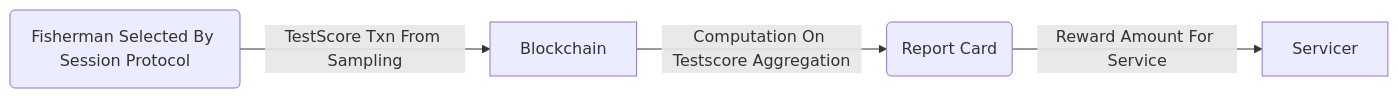
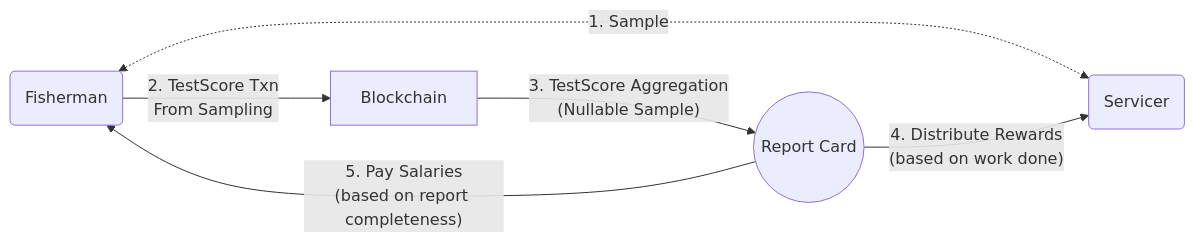
One commit to pokt-network/pocket-network-protocol changed the eighth of 11 diagrams in utility/README.md. Above: the diagram before and after it, drawn with Mermaid. The commit also changed other lines of this file and 2 other files, not shown here.

````diff
--- a/utility/README.md
+++ b/utility/README.md
@@ -551,11 +573,13 @@
 ```mermaid
 graph LR
-    Fish(Fisherman Selected By Session Protocol)
+    F(Fisherman)
     B[Blockchain]
-    RC(Report Card)
-    SN[Servicer]
+    RC((Report Card))
+    S(Servicer)
 
-    Fish -- TestScore Txn From Sampling --> B
-    B -- Computation On Testscore Aggregation --> RC
-    RC -- Reward Amount For Service --> SN
+    F <-."1. Sample".-> S
+    F -- "2. TestScore Txn<br>From Sampling" --> B
+    B -- "3. TestScore Aggregation<br>(Nullable Sample)" --> RC
+    RC -- "4. Distribute Rewards<br>(based on work done)" --> S
+    RC -- "5. Pay Salaries<br>(based on report completeness)"--> F
 ```
````
